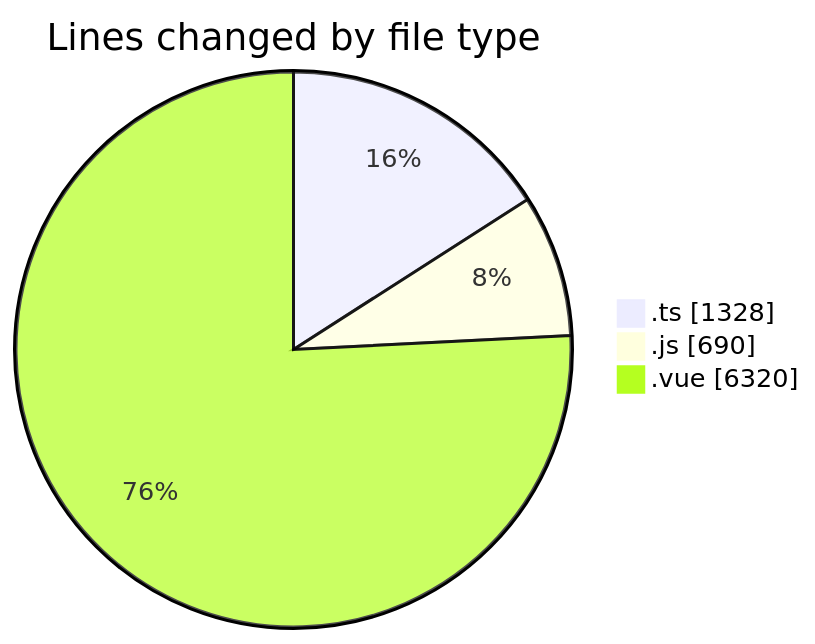
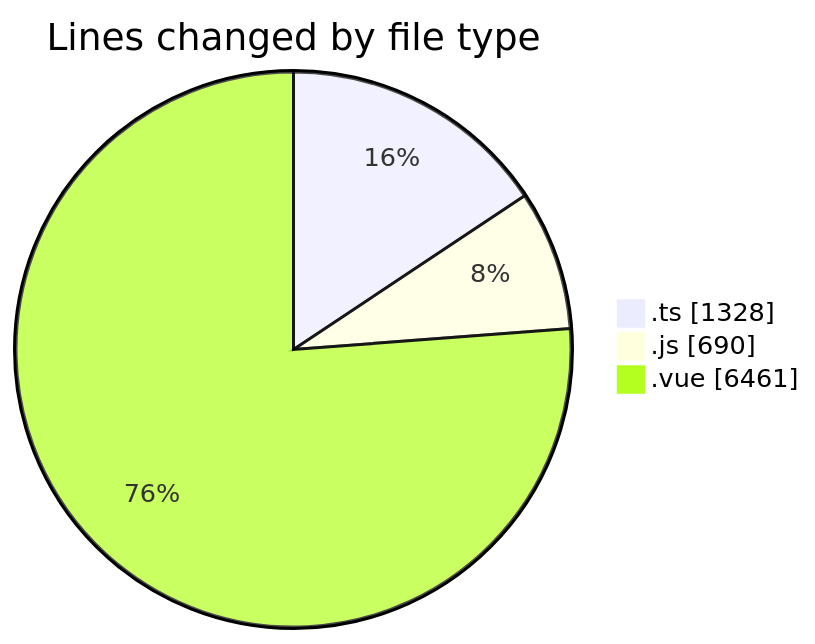
One commit to lephambinh05/code-tracking changed the first of 2 diagrams in 2025-08-16/rentotp/README.md. Above: the diagram before and after it, drawn with Mermaid. The commit also changed other lines of this file and 1 other file, not shown here.

````diff
--- a/2025-08-16/rentotp/README.md
+++ b/2025-08-16/rentotp/README.md
@@ -38,7 +38,7 @@
 ```mermaid
 pie showData
 title Lines changed by file type
 ".ts" : 1328
 ".js" : 690
-".vue" : 6320
+".vue" : 6461
 ```
````
